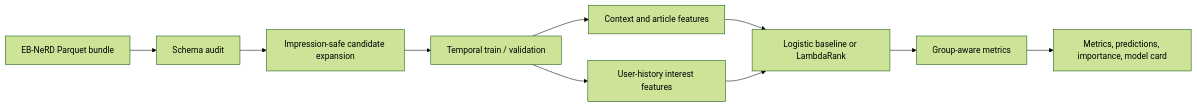
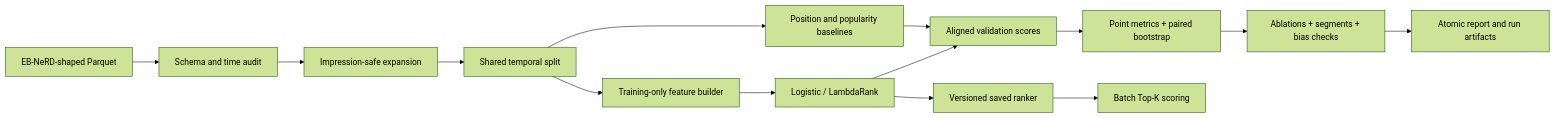
Before and after one commit to 1327402913-pixel/news-ctr-ranking: the diagram in README.md, drawn with Mermaid (forest theme). The commit also changed other lines of this file and 3 other files, not shown here.

````diff
--- a/README.md
+++ b/README.md
@@ -23,12 +85,16 @@
 ```mermaid
 flowchart LR
-    A[EB-NeRD Parquet bundle] --> B[Schema audit]
-    B --> C[Impression-safe candidate expansion]
-    C --> D[Temporal train / validation]
-    D --> E[Context and article features]
-    D --> F[User-history interest features]
-    E --> G[Logistic baseline or LambdaRank]
-    F --> G
-    G --> H[Group-aware metrics]
-    H --> I[Metrics, predictions, importance, model card]
+    A[EB-NeRD-shaped Parquet] --> B[Schema and time audit]
+    B --> C[Impression-safe expansion]
+    C --> D[Shared temporal split]
+    D --> E[Training-only feature builder]
+    D --> F[Position and popularity baselines]
+    E --> G[Logistic / LambdaRank]
+    F --> H[Aligned validation scores]
+    G --> H
+    H --> I[Point metrics + paired bootstrap]
+    I --> J[Ablations + segments + bias checks]
+    J --> K[Atomic report and run artifacts]
+    G --> L[Versioned saved ranker]
+    L --> M[Batch Top-K scoring]
 ```
````
